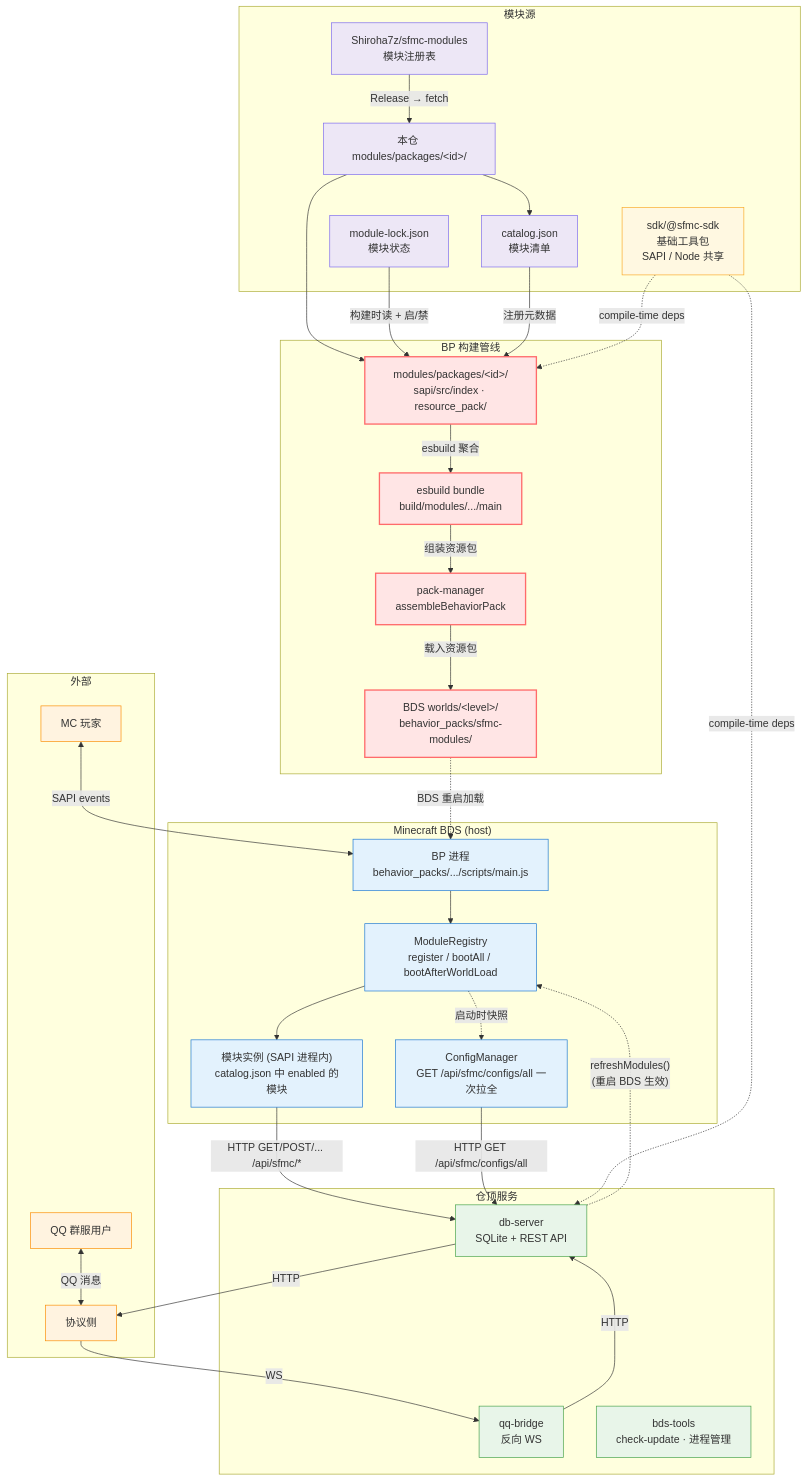
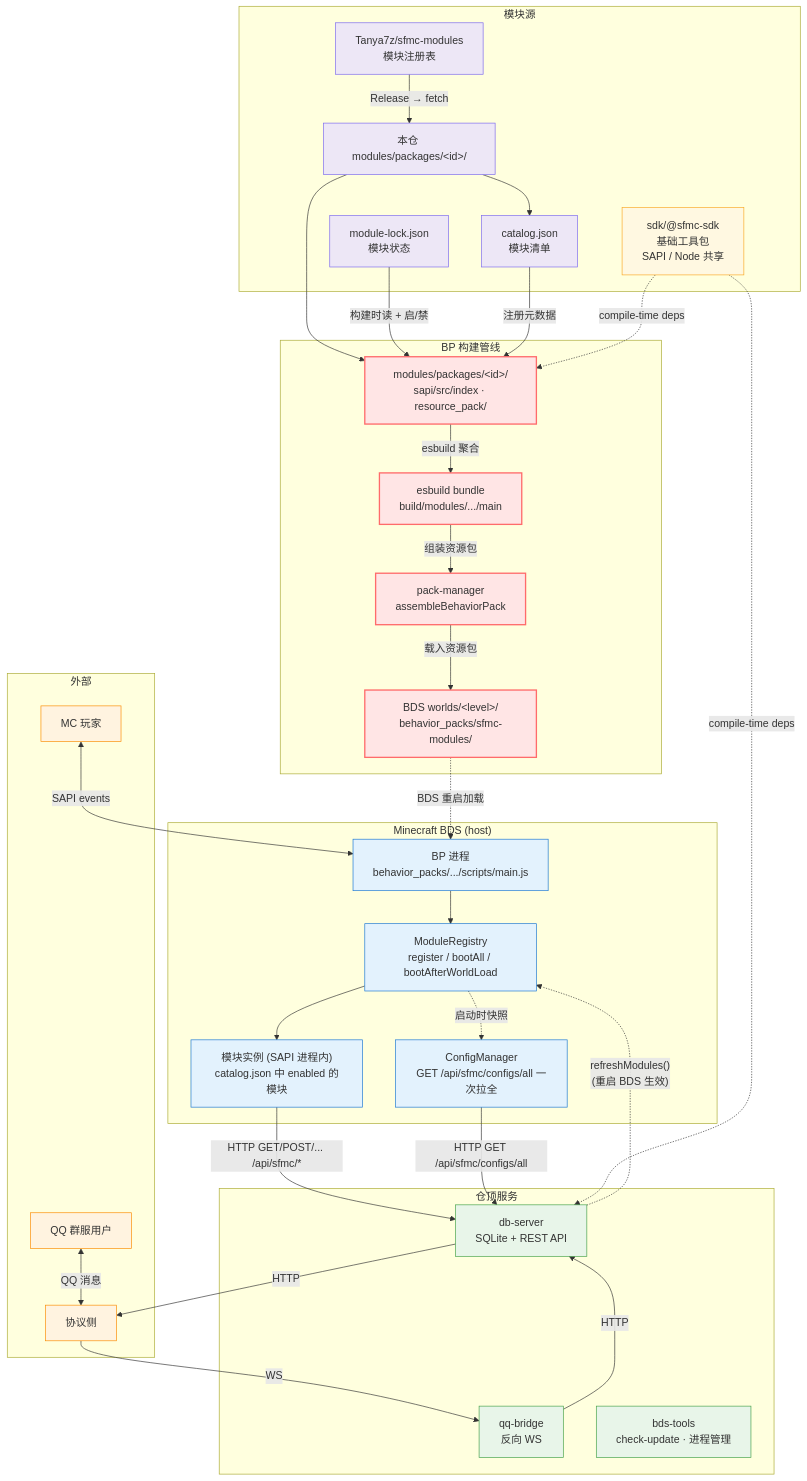
Before and after one commit to DogeLakeDev/ScriptsForMinecraftServer: the first of 2 diagrams in README.md, drawn with Mermaid. The commit also changed other lines of this file and 11 other files, not shown here.

```diff
--- a/README.md
+++ b/README.md
@@ -66,7 +66,7 @@
 
     %% ============== 模块源 ==============
     subgraph MODS["模块源"]
-      REMOTE_MODS["Shiroha7z/sfmc-modules<br/>模块注册表"]
+      REMOTE_MODS["Tanya7z/sfmc-modules<br/>模块注册表"]
       LOCAL_MODS["本仓 modules/packages/&lt;id&gt;/"]
       CAT["catalog.json<br/>模块清单"]
       LOCK["module-lock.json<br/>模块状态"]
```
